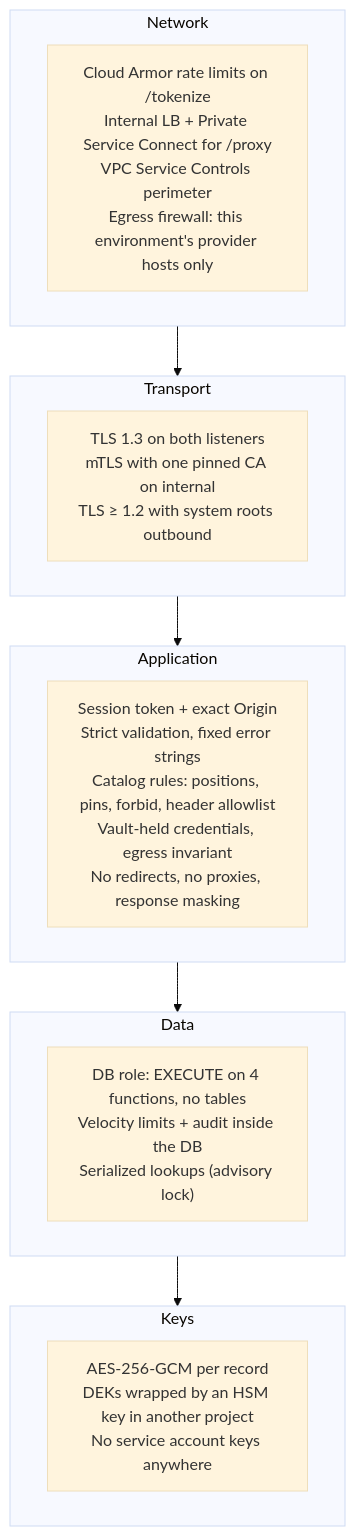
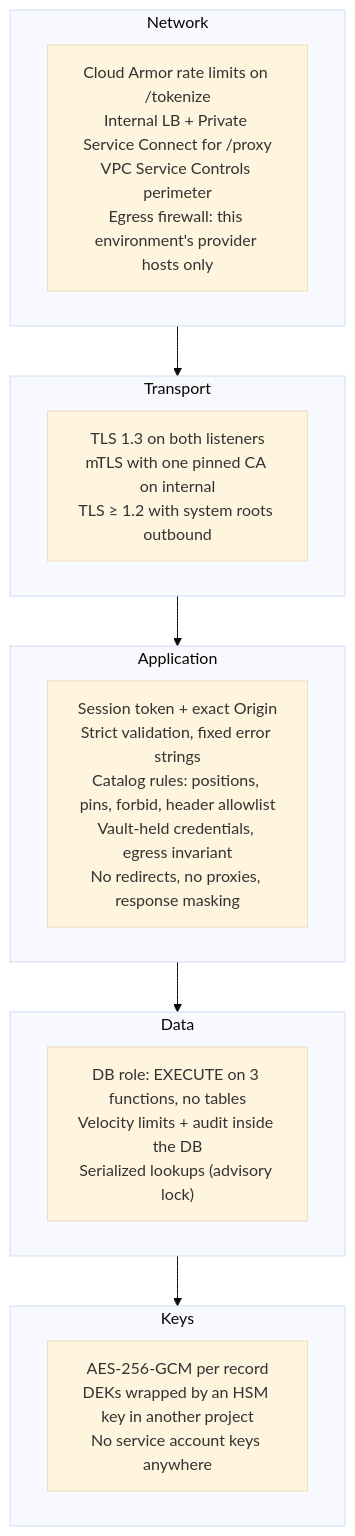
One commit to camcima/tokenizer changed the eighth of 11 diagrams in README.md. Above: the diagram before and after it, drawn with Mermaid (base theme). The commit also changed other lines of this file and 12 other files, not shown here.

````diff
--- a/README.md
+++ b/README.md
@@ -448,19 +451,19 @@
 ```mermaid
 flowchart TB
     subgraph L1["Network"]
         N1["Cloud Armor rate limits on /tokenize<br/>Internal LB + Private Service Connect for /proxy<br/>VPC Service Controls perimeter<br/>Egress firewall: this environment's provider hosts only"]
     end
     subgraph L2["Transport"]
         T1["TLS 1.3 on both listeners<br/>mTLS with one pinned CA on internal<br/>TLS ≥ 1.2 with system roots outbound"]
     end
     subgraph L3["Application"]
         A1["Session token + exact Origin<br/>Strict validation, fixed error strings<br/>Catalog rules: positions, pins, forbid, header allowlist<br/>Vault-held credentials, egress invariant<br/>No redirects, no proxies, response masking"]
     end
     subgraph L4["Data"]
-        D1["DB role: EXECUTE on 4 functions, no tables<br/>Velocity limits + audit inside the DB<br/>Serialized lookups (advisory lock)"]
+        D1["DB role: EXECUTE on 3 functions, no tables<br/>Velocity limits + audit inside the DB<br/>Serialized lookups (advisory lock)"]
     end
     subgraph L5["Keys"]
         K1["AES-256-GCM per record<br/>DEKs wrapped by an HSM key in another project<br/>No service account keys anywhere"]
     end
     L1 --> L2 --> L3 --> L4 --> L5
 ```
````
